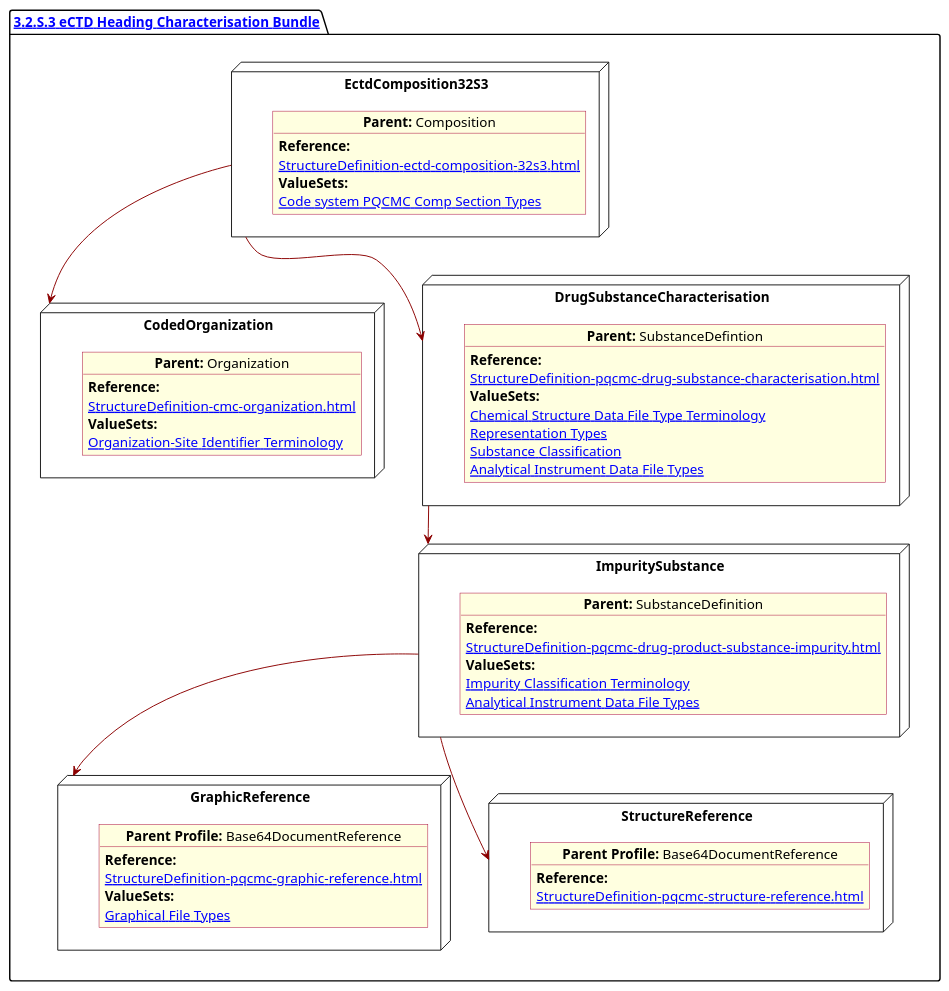
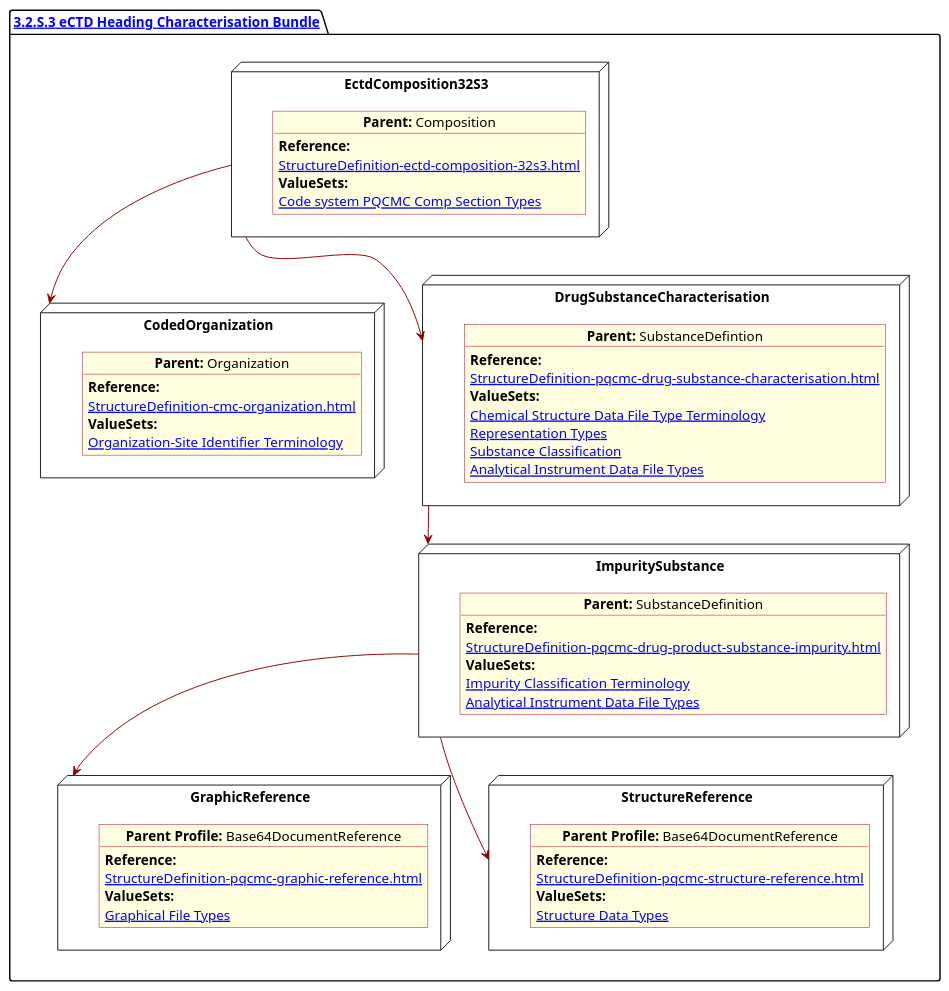
One commit to HL7/FHIR-us-pq-cmc-fda changed the diagram in input/images-source/SubstanceImpurity.plantuml. Above: the diagram before and after it, drawn with PlantUML. The commit also changed 23 other files, not shown here.

```diff
--- a/input/images-source/SubstanceImpurity.plantuml
+++ b/input/images-source/SubstanceImpurity.plantuml
@@ -1,79 +1,81 @@
 @startuml SubstanceImpurity
 allowmixing
 'Mixed model of use case and object
 skinparam svgDimensionStyle false
 skinparam ObjectBackgroundColor LightYellow
 skinparam ObjectBorderColor #A80036
 skinparam activityDiamondBorderColor #A80036
 skinparam activityDiamondBackgroundColor lawnGreen
 skinparam ClassBorderThickness 4
 
 package "[[StructureDefinition-cmc-ectd-document-32s3.html 3.2.S.3 eCTD Heading Characterisation Bundle]]" as NODES {
 
   node "EctdComposition32S3" as N1 {
 
     object "**Parent:** Composition" as obj1 {
       **Reference:**
       [[StructureDefinition-ectd-composition-32s3.html]]
       **ValueSets:**
       [[ValueSet-cmc-comp-section-types-vs.html Code system PQCMC Comp Section Types]]
     }
   }
   node "CodedOrganization" as NSO {
 
     object "**Parent:** Organization" as objAu {
       **Reference:**
       [[StructureDefinition-cmc-organization.html]]
       **ValueSets:**
       [[ValueSet-pqcmc-org-identifier-type-terminology.html Organization-Site Identifier Terminology]]
     }
   }
 
   node "DrugSubstanceCharacterisation" as NN {
 
     object "**Parent:** SubstanceDefintion" as obj3 {
 
       **Reference:**
       [[StructureDefinition-pqcmc-drug-substance-characterisation.html]]
       **ValueSets:**
       [[ValueSet-pqcmc-chemical-structure-datafile-type-terminology.html Chemical Structure Data File Type Terminology]]
       [[ValueSet-pqcmc-representation-types.html Representation Types]]
       [[ValueSet-substance-classification.html Substance Classification]]
       [[ValueSet-pqcmc-analytical-instrument-data-types.html Analytical Instrument Data File Types]]
     }
   }
 
   node "ImpuritySubstance" as N6 {
 
     object "**Parent:** SubstanceDefinition" as obj2 {
       **Reference:**
       [[StructureDefinition-pqcmc-drug-product-substance-impurity.html]]
       **ValueSets:**
       [[ValueSet-pqcmc-impurity-classification-terminology.html Impurity Classification Terminology]]
       [[ValueSet-pqcmc-analytical-instrument-data-types.html Analytical Instrument Data File Types]]
     }
   }
   node "GraphicReference" as NB64 {
 
     object "**Parent Profile:** Base64DocumentReference"  as obj64 {
       **Reference:**
       [[StructureDefinition-pqcmc-graphic-reference.html]]
       **ValueSets:**
       [[ValueSet-pqcmc-graphical-file-types.html Graphical File Types]]
     }
   }
   node "StructureReference" as NBstruc {
 
     object "**Parent Profile:** Base64DocumentReference"  as objb64 {
       **Reference:**
       [[StructureDefinition-pqcmc-structure-reference.html]]
+        **ValueSets:**
+        [[ValueSet-pqcmc-structure-data-types.html Structure Data Types]]
     }
   }
 
   N1 -[#darkred]-> NSO
   NN -[#darkred]-> N6
   N1 -[#darkred]-> NN
   N6 -[#darkred]-> NB64
   N6 -[#darkred]-> NBstruc
 }
 @enduml
```
